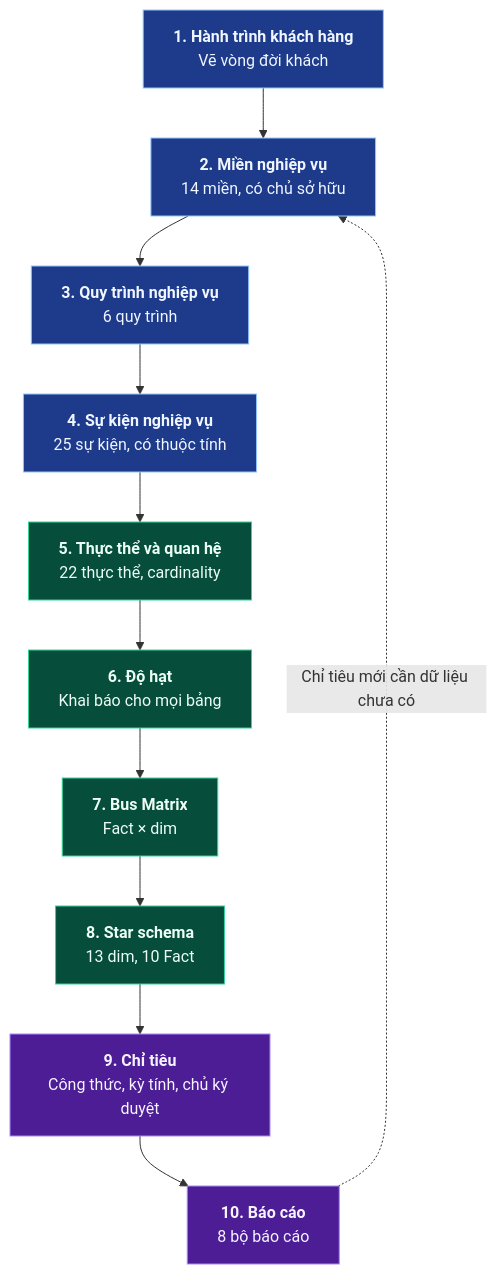
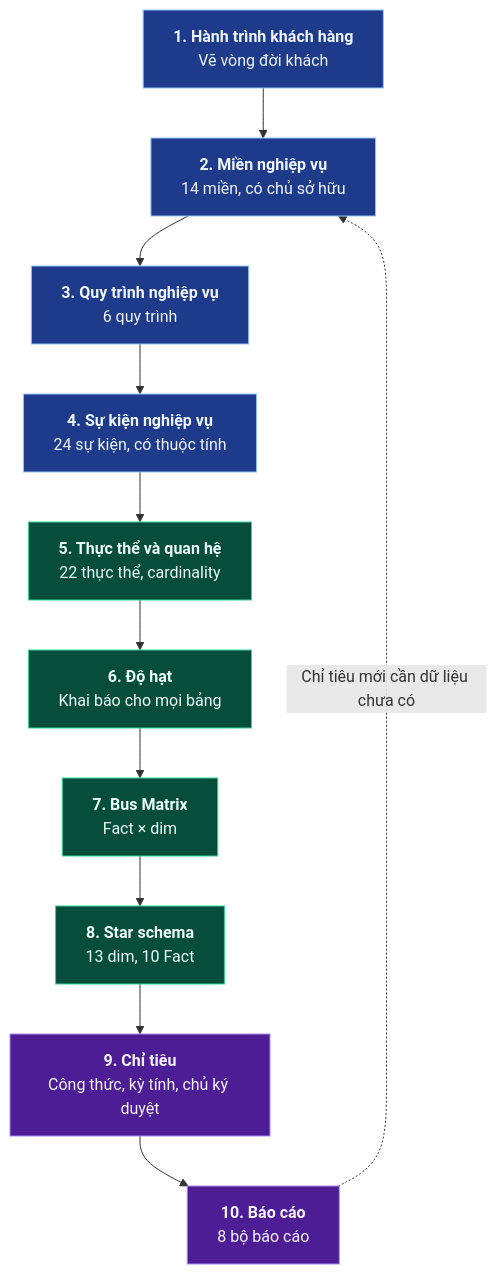
The diagram in Flow-DA.md (sonnguyen118/facialbar-dbt), drawn with Mermaid before and after one commit. The commit also changed other lines of this file and 23 other files, not shown here.

````diff
--- a/Flow-DA.md
+++ b/Flow-DA.md
@@ -15,22 +18,22 @@
 ```mermaid
 flowchart TD
     B1["<b>1. Hành trình khách hàng</b><br/>Vẽ vòng đời khách"]:::biz
     B2["<b>2. Miền nghiệp vụ</b><br/>14 miền, có chủ sở hữu"]:::biz
     B3["<b>3. Quy trình nghiệp vụ</b><br/>6 quy trình"]:::biz
-    B4["<b>4. Sự kiện nghiệp vụ</b><br/>25 sự kiện, có thuộc tính"]:::biz
+    B4["<b>4. Sự kiện nghiệp vụ</b><br/>24 sự kiện, có thuộc tính"]:::biz
 
     D1["<b>5. Thực thể và quan hệ</b><br/>22 thực thể, cardinality"]:::model
     D2["<b>6. Độ hạt</b><br/>Khai báo cho mọi bảng"]:::model
     D3["<b>7. Bus Matrix</b><br/>Fact × dim"]:::model
     D4["<b>8. Star schema</b><br/>13 dim, 10 Fact"]:::model
 
     A1["<b>9. Chỉ tiêu</b><br/>Công thức, kỳ tính, chủ ký duyệt"]:::ana
     A2["<b>10. Báo cáo</b><br/>8 bộ báo cáo"]:::ana
 
     B1 --> B2 --> B3 --> B4 --> D1 --> D2 --> D3 --> D4 --> A1 --> A2
     A2 -.->|"Chỉ tiêu mới cần dữ liệu chưa có"| B2
 
     classDef biz   fill:#1e3a8a,stroke:#93c5fd,color:#eff6ff
     classDef model fill:#064e3b,stroke:#34d399,color:#ecfdf5
     classDef ana   fill:#4c1d95,stroke:#a78bfa,color:#f5f3ff
 ```
````
